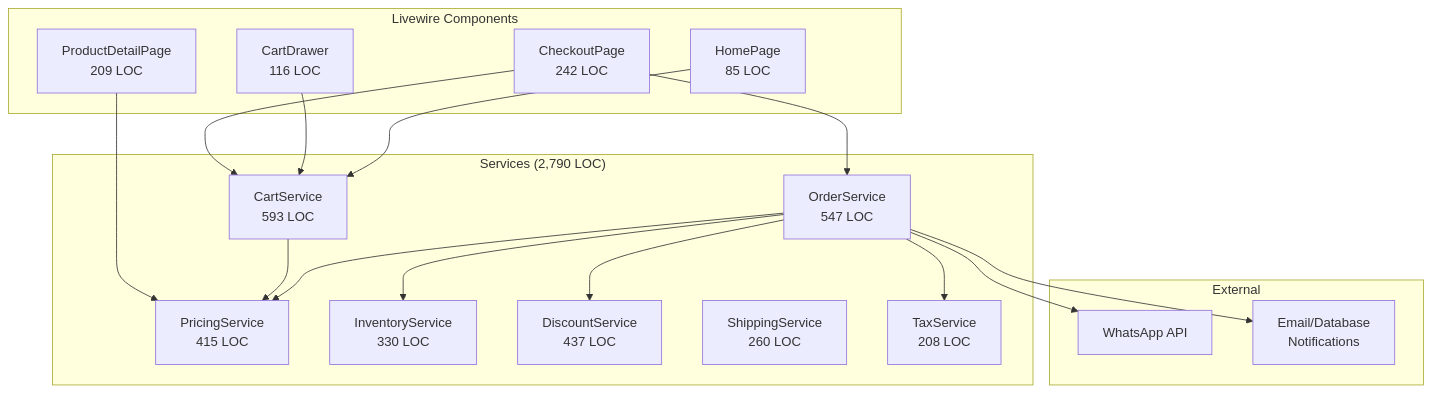
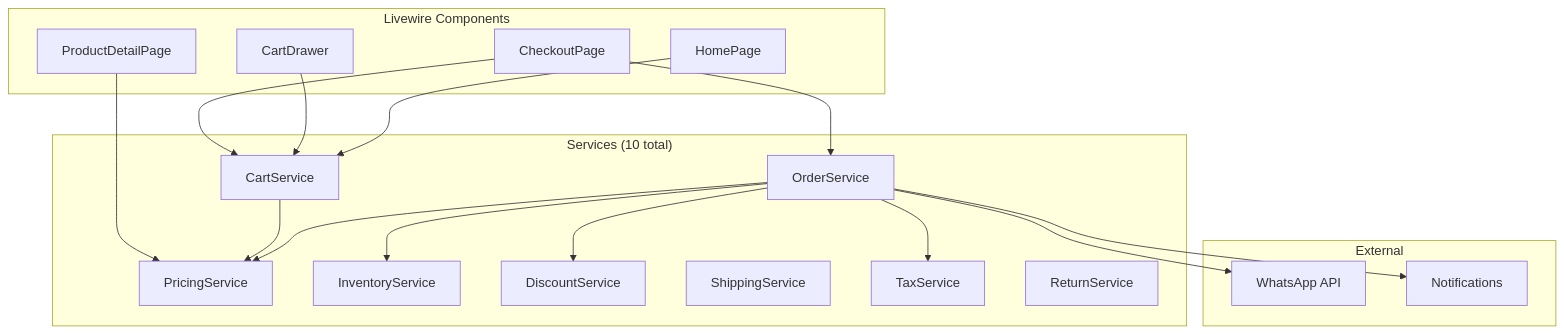
Before and after one commit to Farid-Ze/alfa-beauty: the third of 6 diagrams in docs/app_analysis.md, drawn with Mermaid. The commit also changed other lines of this file, not shown here.

Commit message:
docs: comprehensive app_analysis.md update - remove outdated LOC, add AuditEvent model, update all sections for Jan 4

````diff
--- a/docs/app_analysis.md
+++ b/docs/app_analysis.md
@@ -308,38 +310,39 @@
 ```mermaid
 graph TB
     subgraph "Livewire Components"
-        Checkout[CheckoutPage<br/>242 LOC]
-        Cart[CartDrawer<br/>116 LOC]
-        PDP[ProductDetailPage<br/>209 LOC]
-        Home[HomePage<br/>85 LOC]
+        Checkout[CheckoutPage]
+        Cart[CartDrawer]
+        PDP[ProductDetailPage]
+        Home[HomePage]
     end
 
-    subgraph "Services (2,790 LOC)"
-        CS[CartService<br/>593 LOC]
-        OS[OrderService<br/>547 LOC]
-        PS[PricingService<br/>415 LOC]
-        IS[InventoryService<br/>330 LOC]
-        DS[DiscountService<br/>437 LOC]
-        SS[ShippingService<br/>260 LOC]
-        TS[TaxService<br/>208 LOC]
+    subgraph "Services (10 total)"
+        CS[CartService]
+        OS[OrderService]
+        PS[PricingService]
+        IS[InventoryService]
+        DS[DiscountService]
+        SS[ShippingService]
+        TS[TaxService]
+        RS[ReturnService]
     end
 
     subgraph "External"
         WA[WhatsApp API]
-        Notif[Email/Database<br/>Notifications]
+        Notif[Notifications]
     end
 
     Checkout --> OS
     Checkout --> CS
     Cart --> CS
     PDP --> PS
     Home --> CS
 
     CS --> PS
     OS --> IS
     OS --> PS
     OS --> DS
     OS --> TS
     OS --> Notif
     OS --> WA
 ```
````
